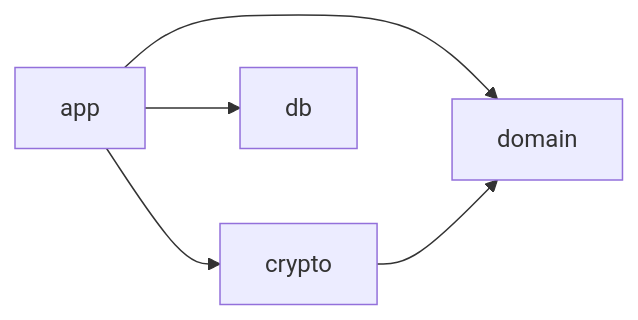
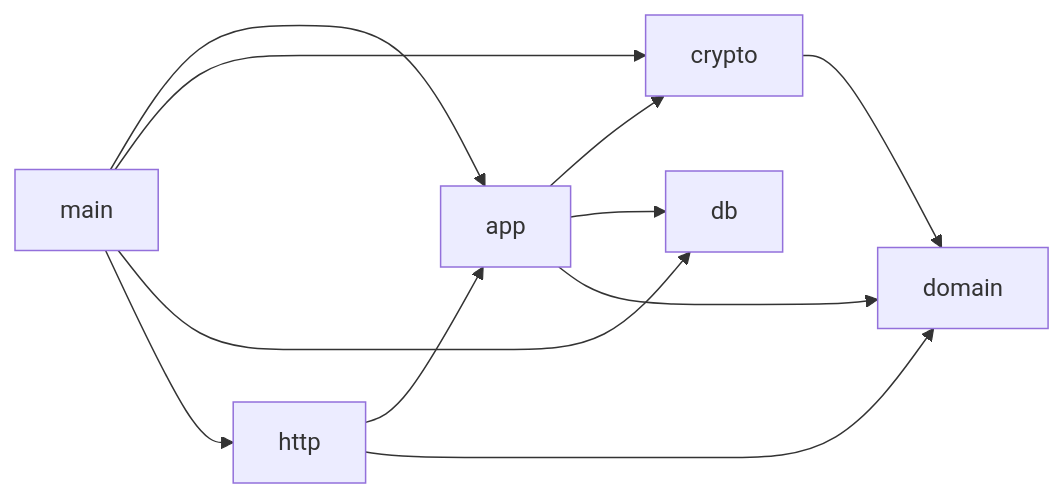
One commit to thehummingbirdsrudios-lgtm/Finly changed the diagram in docs/architecture/module-map.md. Above: the diagram before and after it, drawn with Mermaid. The commit also changed other lines of this file and 17 other files, not shown here.

First line of the commit message:
feat(api): HTTP API v1 for the mobile app, with books and activity services

````diff
--- a/docs/architecture/module-map.md
+++ b/docs/architecture/module-map.md
@@ -17,11 +18,19 @@
 ```mermaid
 flowchart LR
   domain[domain]
   crypto[crypto]
   db[db]
   app[app]
+  main[main]
+  http[http]
   app --> crypto
   app --> db
   app --> domain
   crypto --> domain
+  http --> app
+  http --> domain
+  main --> app
+  main --> crypto
+  main --> db
+  main --> http
 ```
````
